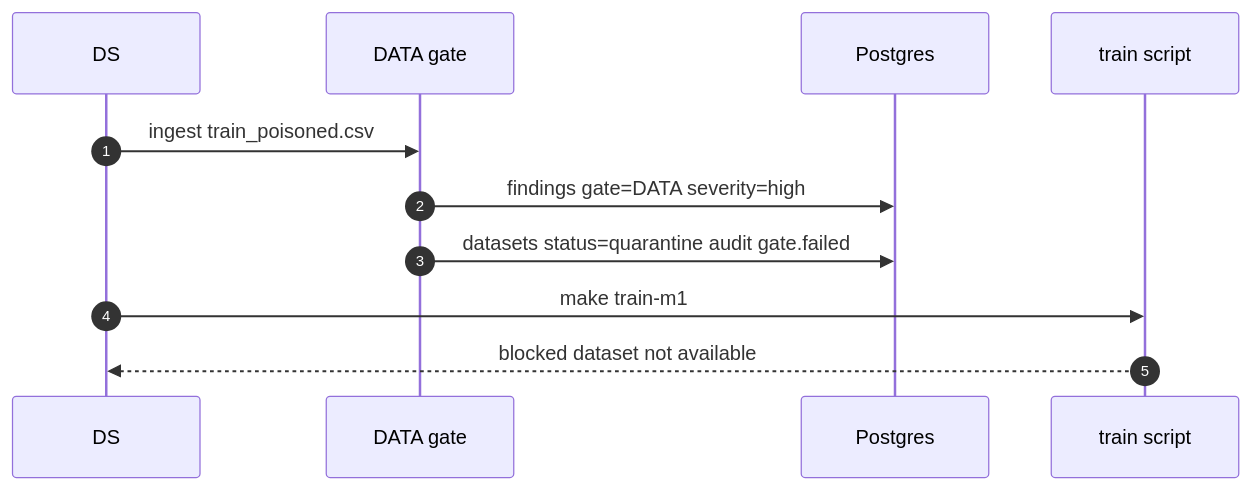
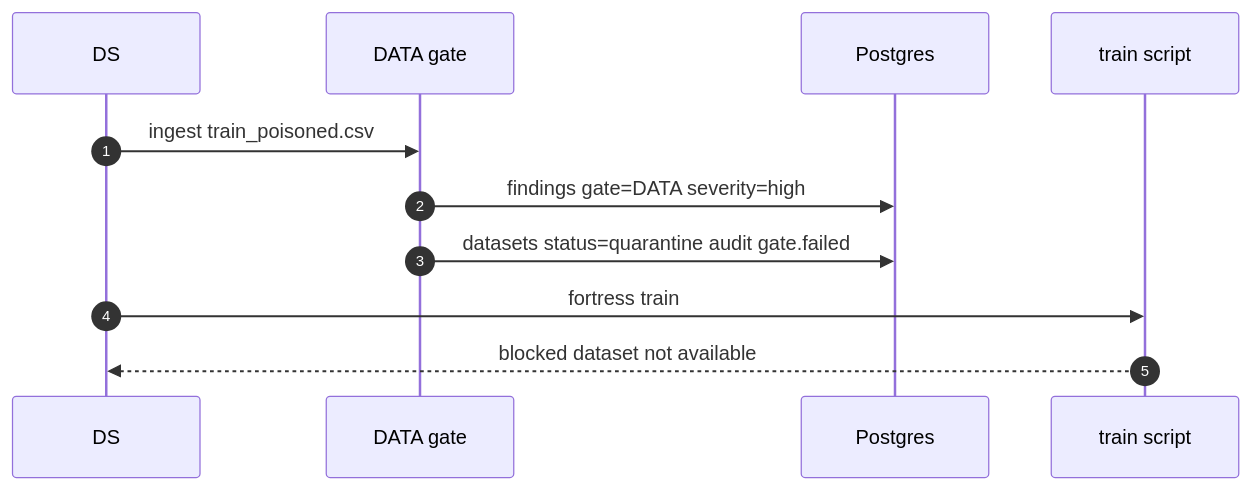
Before and after one commit to Ermakov764/Alfa_bank_MLSecOps: the seventh of 15 diagrams in docs/architecture_full.md, drawn with Mermaid. The commit also changed other lines of this file and 10 other files, not shown here.

First line of the commit message:
docs: sync architecture and guides with current Docker stack

````diff
--- a/docs/architecture_full.md
+++ b/docs/architecture_full.md
@@ -341,14 +344,14 @@
 ```mermaid
 sequenceDiagram
   autonumber
   participant DS as DS
   participant DATA as DATA gate
   participant PG as Postgres
   participant TR as train script
 
   DS->>DATA: ingest train_poisoned.csv
   DATA->>PG: findings gate=DATA severity=high
   DATA->>PG: datasets status=quarantine audit gate.failed
-  DS->>TR: make train-m1
+  DS->>TR: fortress train
   TR-->>DS: blocked dataset not available
 ```
````
